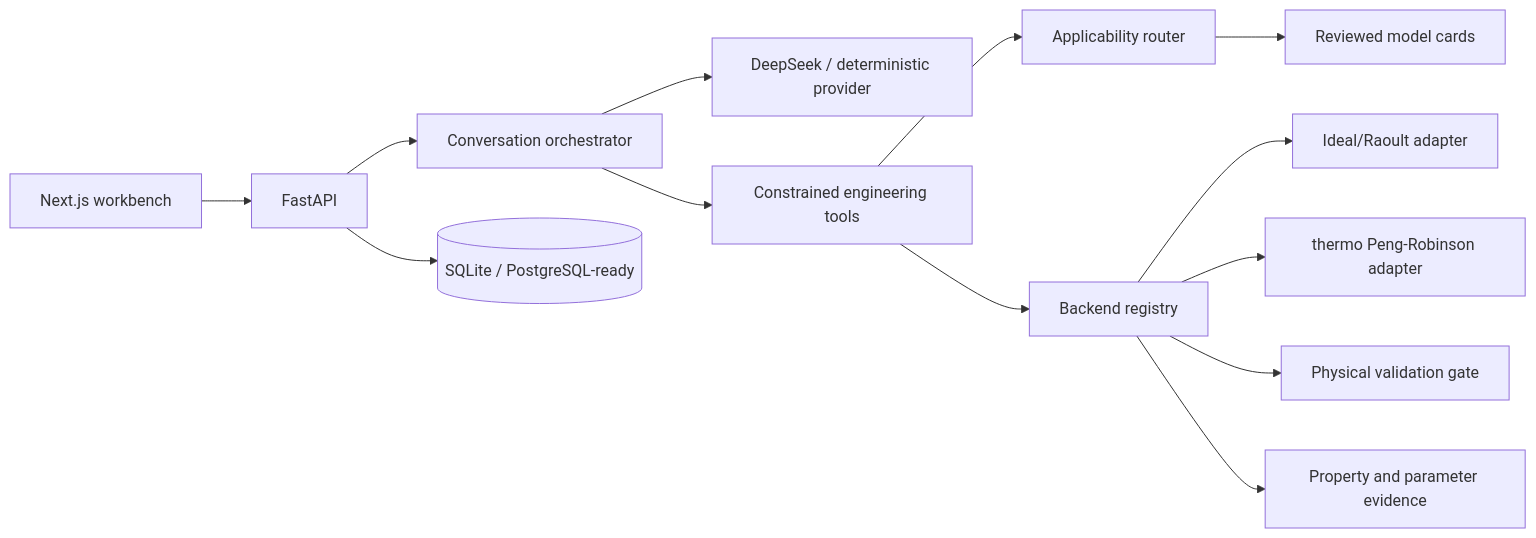
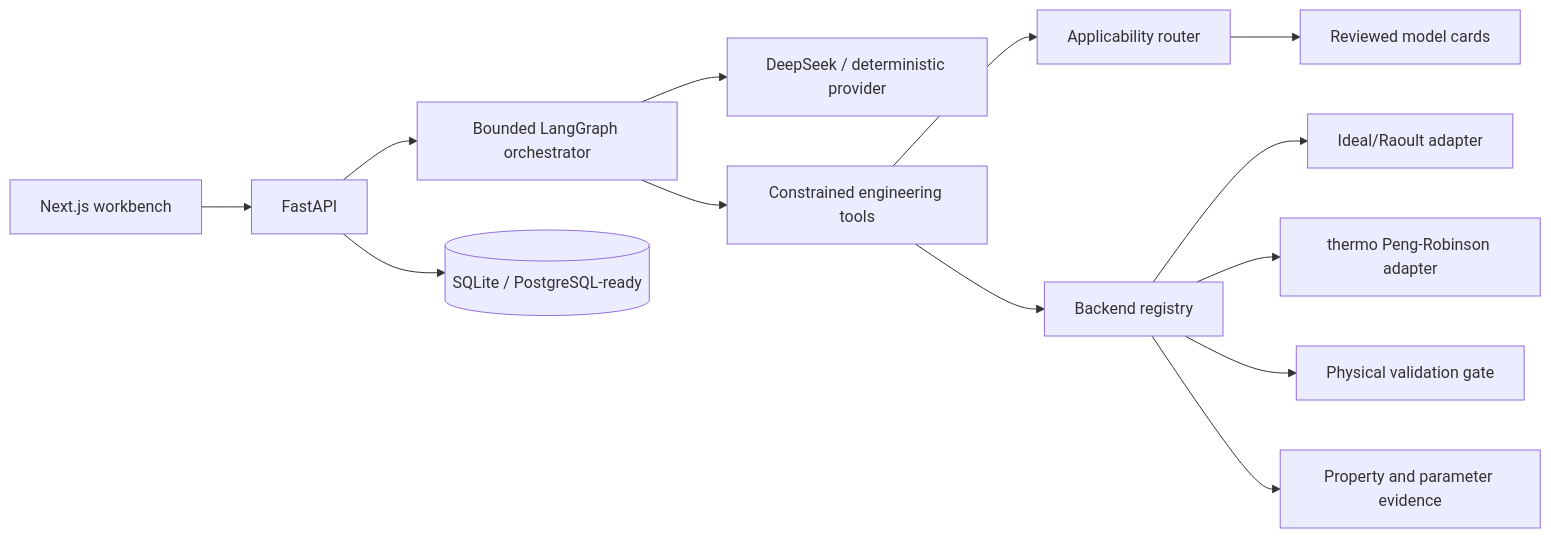
The diagram in README.md (CSH-boop/ThermoEqui-Agent), drawn with Mermaid before and after one commit. The commit also changed 17 other files, not shown here.

````diff
--- a/README.md
+++ b/README.md
@@ -28,15 +28,15 @@
 ```mermaid
 flowchart LR
   UI[Next.js workbench] --> API[FastAPI]
-  API --> Agent[Conversation orchestrator]
+  API --> Agent[Bounded LangGraph orchestrator]
   Agent --> Provider[DeepSeek / deterministic provider]
   Agent --> Tools[Constrained engineering tools]
   Tools --> Router[Applicability router]
   Tools --> Engine[Backend registry]
   Engine --> Ideal[Ideal/Raoult adapter]
   Engine --> PR[thermo Peng-Robinson adapter]
   Engine --> Validator[Physical validation gate]
   API --> DB[(SQLite / PostgreSQL-ready)]
   Router --> Cards[Reviewed model cards]
   Engine --> Evidence[Property and parameter evidence]
 ```
````
